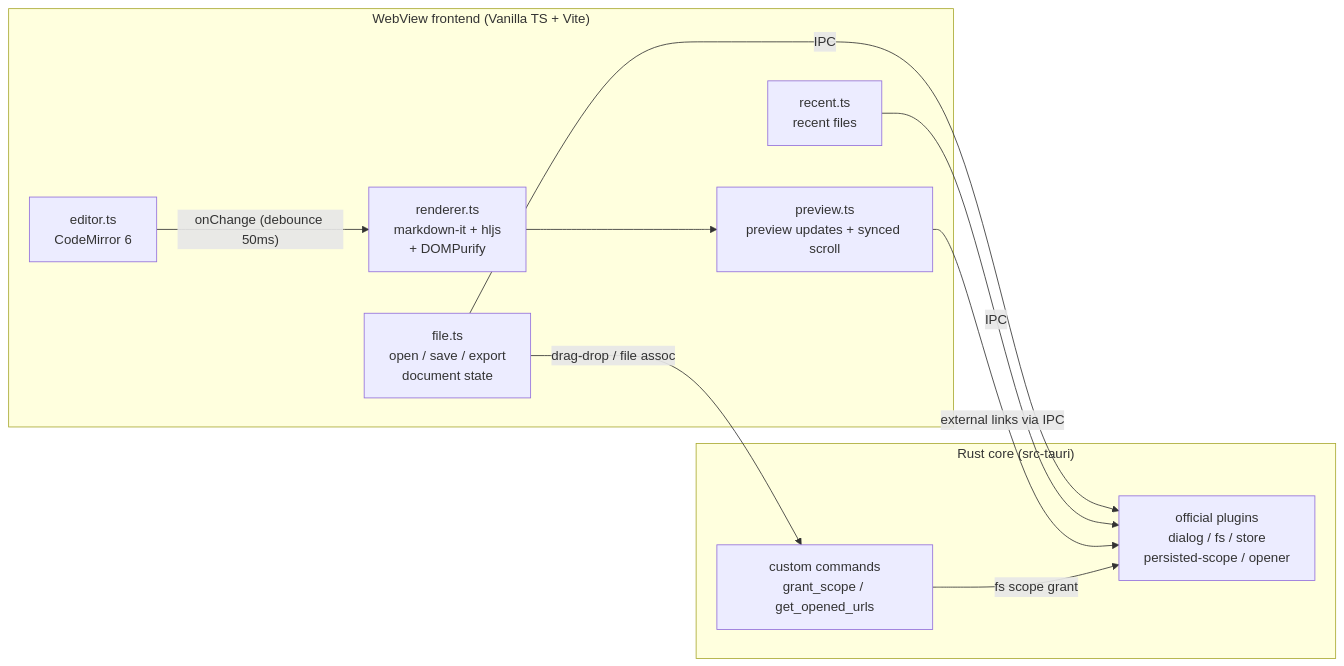
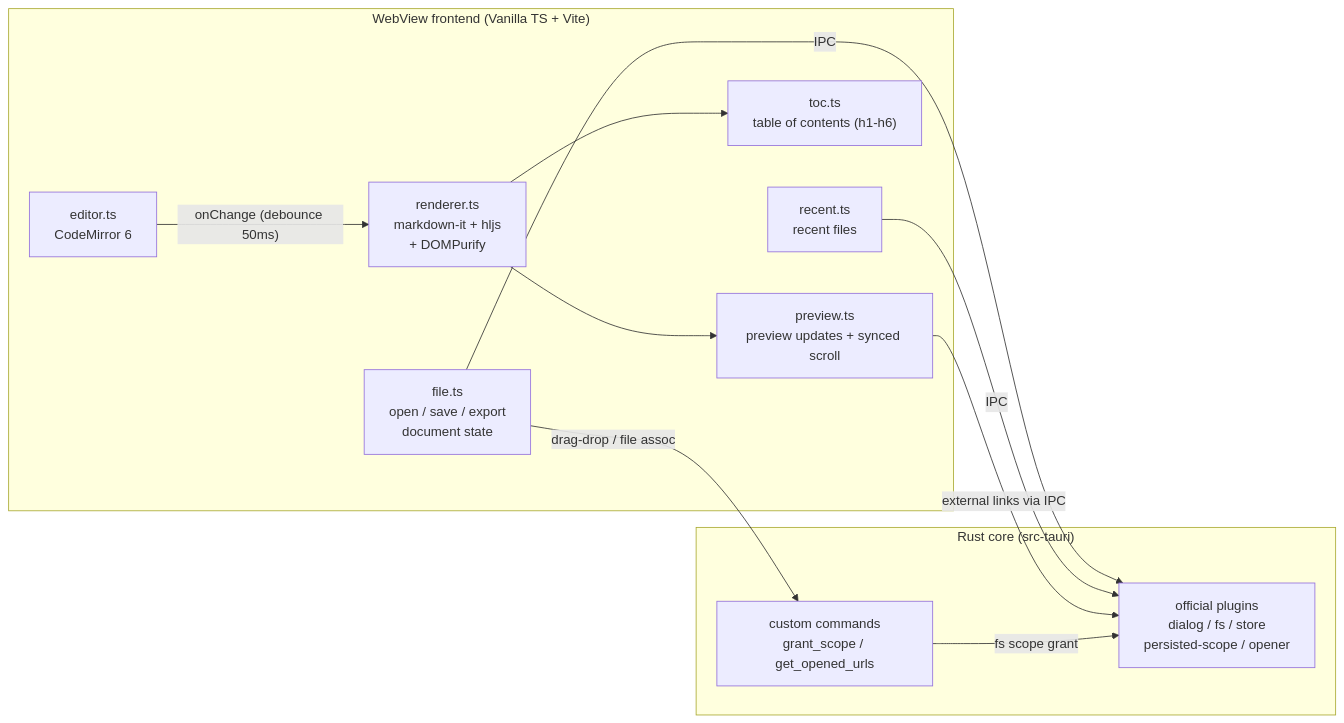
The diagram in README_EN.md (tznthou/plume), drawn with Mermaid before and after one commit. The commit also changed other lines of this file and 5 other files, not shown here.

````diff
--- a/README_EN.md
+++ b/README_EN.md
@@ -33,21 +35,23 @@
 ```mermaid
 flowchart LR
     subgraph Frontend["WebView frontend (Vanilla TS + Vite)"]
         Editor["editor.ts<br/>CodeMirror 6"]
         Renderer["renderer.ts<br/>markdown-it + hljs<br/>+ DOMPurify"]
         Preview["preview.ts<br/>preview updates + synced scroll"]
+        TOC["toc.ts<br/>table of contents (h1-h6)"]
         File["file.ts<br/>open / save / export<br/>document state"]
         Recent["recent.ts<br/>recent files"]
     end
     subgraph Rust["Rust core (src-tauri)"]
         Plugins["official plugins<br/>dialog / fs / store<br/>persisted-scope / opener"]
         Commands["custom commands<br/>grant_scope / get_opened_urls"]
     end
     Editor -- "onChange (debounce 50ms)" --> Renderer
     Renderer --> Preview
+    Renderer --> TOC
     File -- IPC --> Plugins
     Recent -- IPC --> Plugins
     Preview -- "external links via IPC" --> Plugins
     File -- "drag-drop / file assoc" --> Commands
     Commands -- "fs scope grant" --> Plugins
 ```
````
